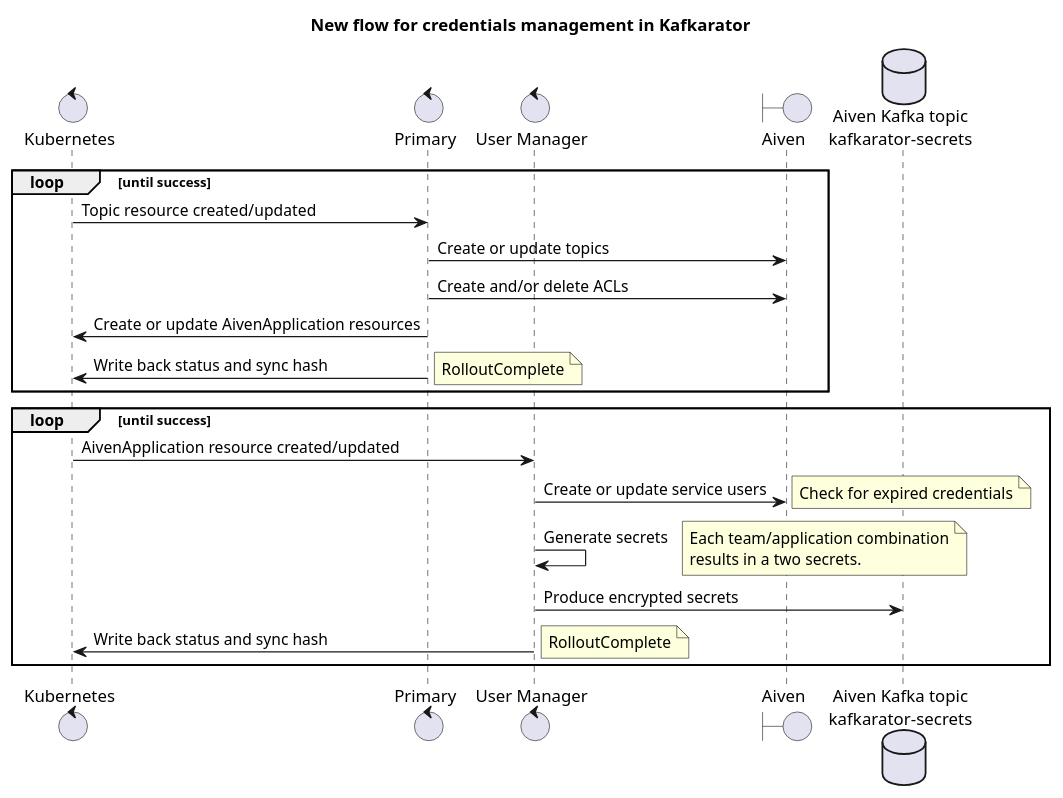
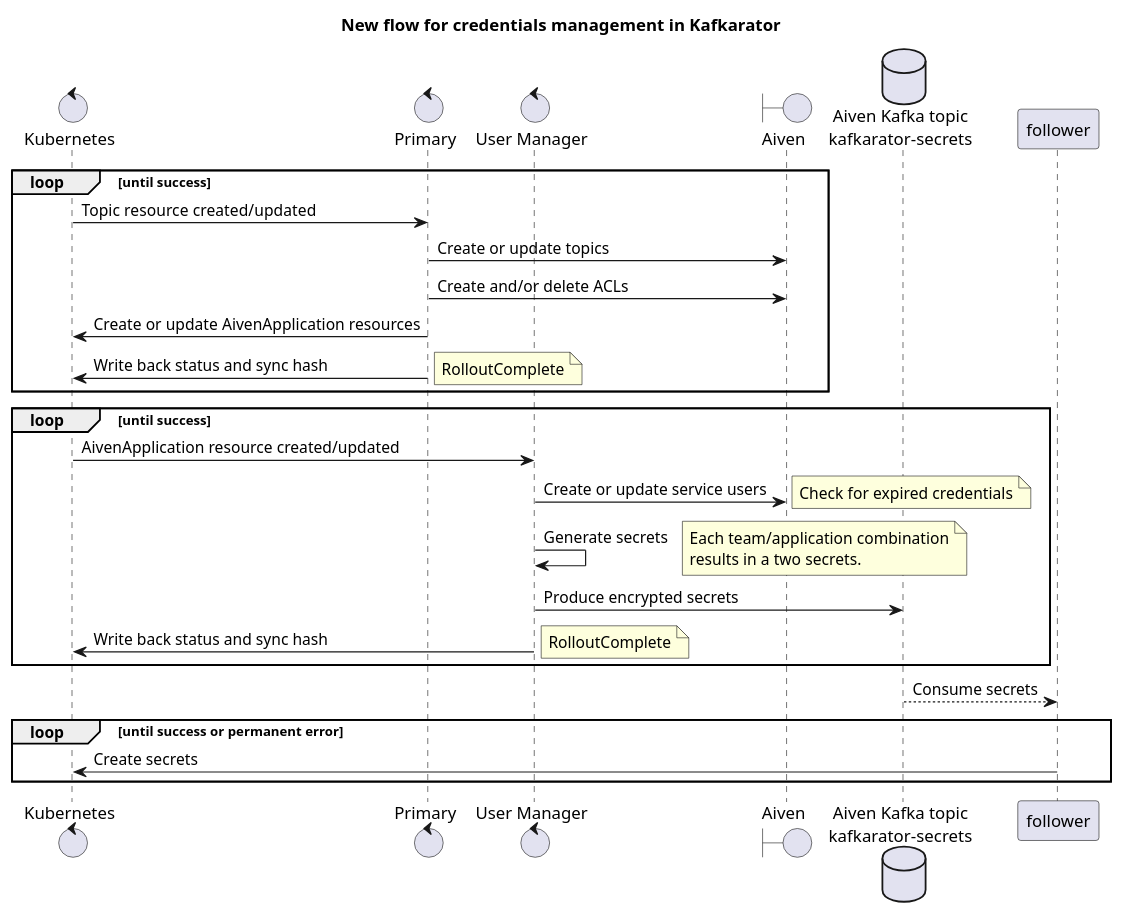
Before and after one commit to nais/kafkarator: the diagram in doc/adr/0005-new-synchronization-flow.puml, drawn with PlantUML. The commit also changed 3 other files, not shown here.

```diff
--- a/doc/adr/0005-new-synchronization-flow.puml
+++ b/doc/adr/0005-new-synchronization-flow.puml
@@ -1,31 +1,37 @@
 @startuml
 
 title New flow for credentials management in Kafkarator
 
 control kubernetes as "Kubernetes"
 control primary as "Primary"
 control userManager as "User Manager"
 boundary aiven as "Aiven"
 database kafka as "Aiven Kafka topic\nkafkarator-secrets"
 
 loop until success
 kubernetes -> primary : Topic resource created/updated
 primary -> aiven : Create or update topics
 primary -> aiven : Create and/or delete ACLs
 primary -> kubernetes : Create or update AivenApplication resources
 primary -> kubernetes : Write back status and sync hash
 note right: RolloutComplete
 end
 
 loop until success
 kubernetes -> userManager : AivenApplication resource created/updated
 userManager -> aiven : Create or update service users
 note right: Check for expired credentials
 userManager -> userManager : Generate secrets
 note right: Each team/application combination\nresults in a two secrets.
 userManager -> kafka : Produce encrypted secrets
 userManager -> kubernetes : Write back status and sync hash
 note right: RolloutComplete
 end
 
+kafka --> follower : Consume secrets
+
+loop until success or permanent error
+    follower -> kubernetes : Create secrets
+end
+
 @enduml
```
